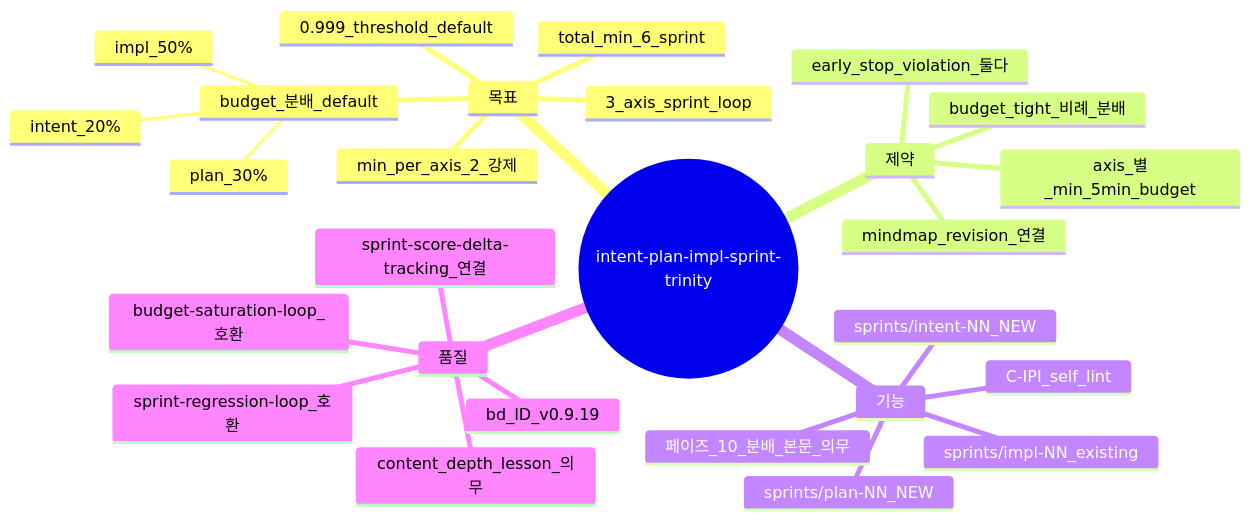
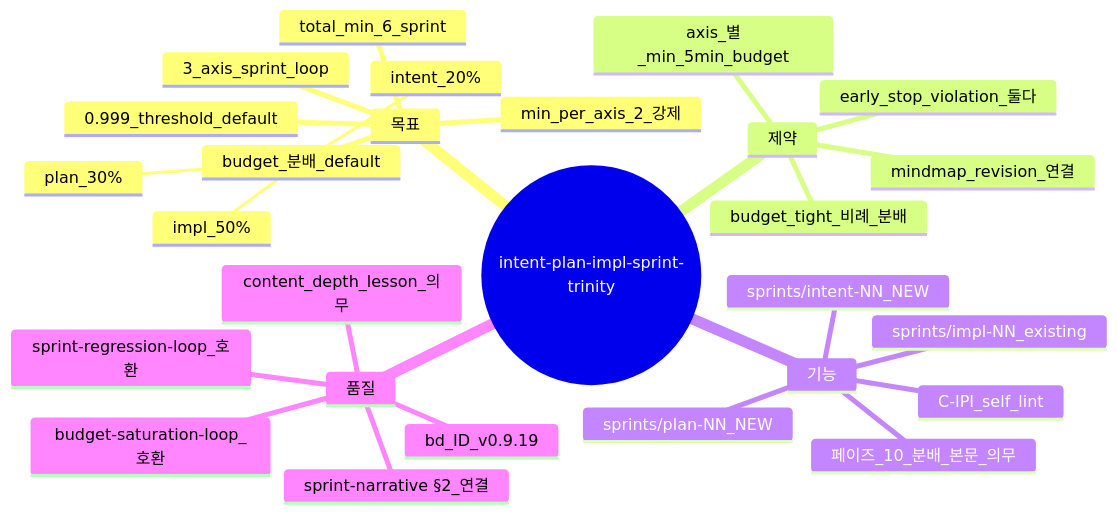
One commit to whyjp/ShipofTheseus changed the diagram in skills/theseus-harness/conventions/intent-plan-impl-sprint-trinity.md. Above: the diagram before and after it, drawn with Mermaid. The commit also changed other lines of this file and 26 other files, not shown here.

First line of the commit message:
feat(sprint-37): PR-AF — sprint-narrative 3→1 통합

````diff
--- a/skills/theseus-harness/conventions/intent-plan-impl-sprint-trinity.md
+++ b/skills/theseus-harness/conventions/intent-plan-impl-sprint-trinity.md
@@ -101,30 +101,30 @@
 ```mermaid
 mindmap
   root((intent-plan-impl-sprint-trinity))
     목표
       3_axis_sprint_loop
       min_per_axis_2_강제
       total_min_6_sprint
       0.999_threshold_default
       budget_분배_default
         intent_20%
         plan_30%
         impl_50%
     제약
       axis_별_min_5min_budget
       early_stop_violation_둘다
       budget_tight_비례_분배
       mindmap_revision_연결
     기능
       C-IPI_self_lint
       sprints/intent-NN_NEW
       sprints/plan-NN_NEW
       sprints/impl-NN_existing
       페이즈_10_분배_본문_의무
     품질
       sprint-regression-loop_호환
       budget-saturation-loop_호환
-      sprint-score-delta-tracking_연결
+      sprint-narrative §2_연결
       content_depth_lesson_의무
       bd_ID_v0.9.19
 ```
````
